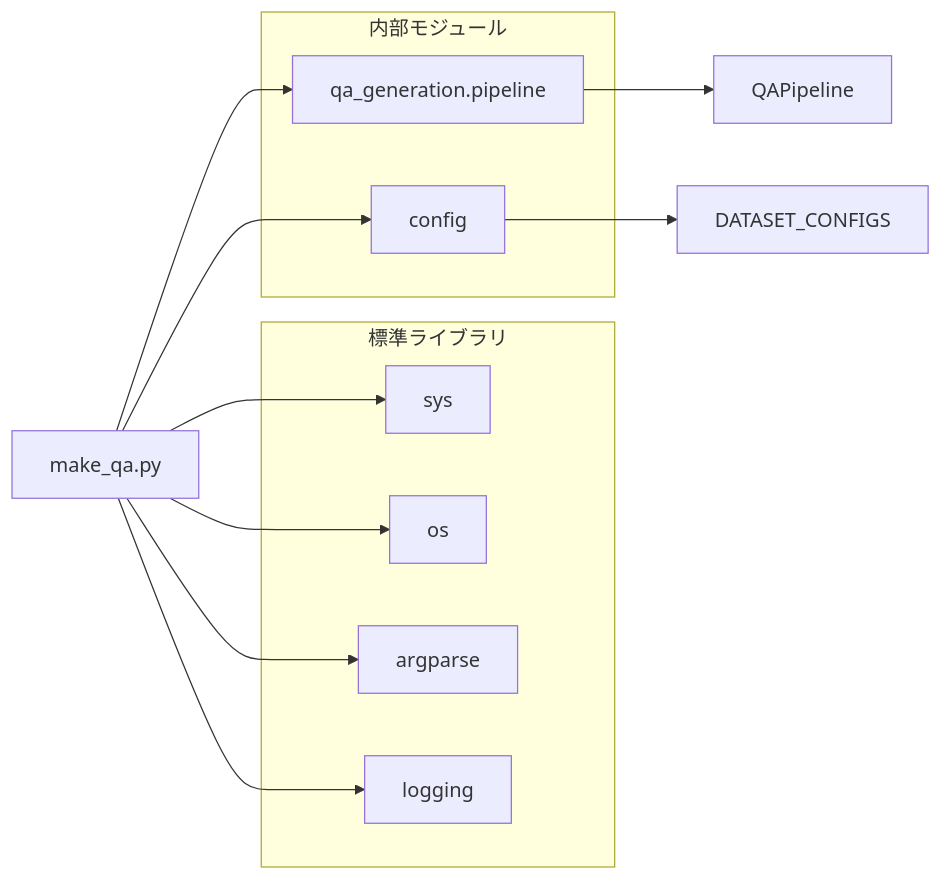
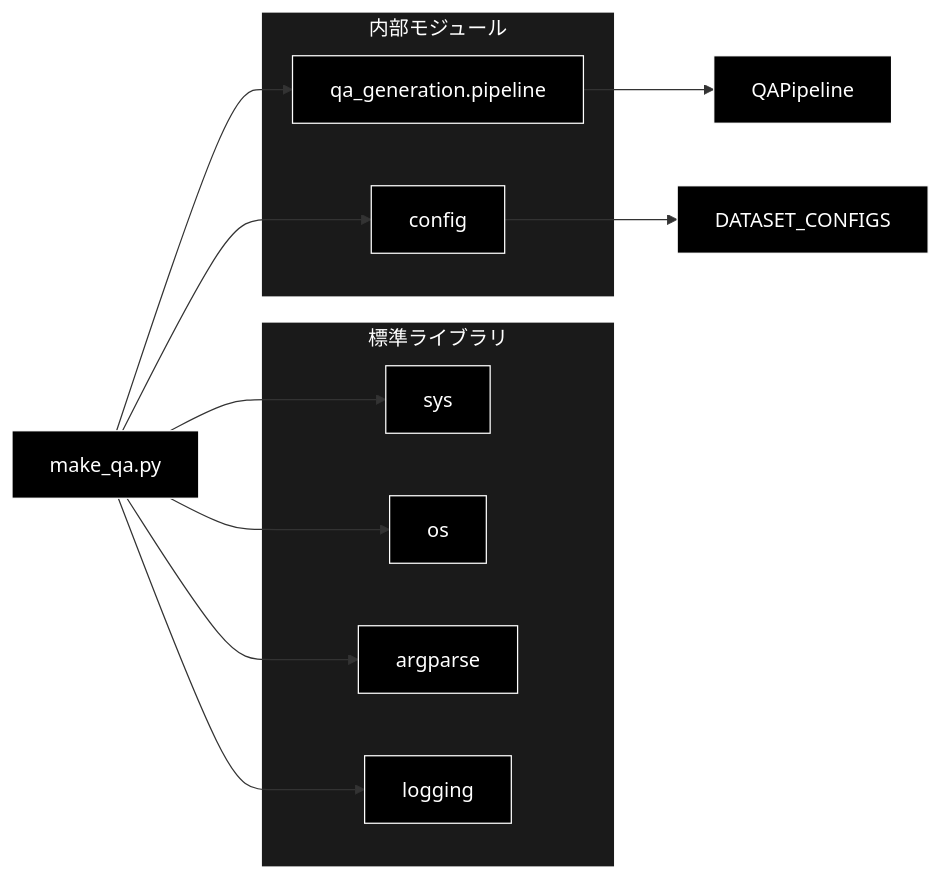
One commit to nakashima2toshio/ollama_grace_agent_v2 changed the third of 4 diagrams in qa_qdrant/doc/make_qa.md. Above: the diagram before and after it, drawn with Mermaid. The commit also changed other lines of this file and 12 other files, not shown here.

````diff
--- a/qa_qdrant/doc/make_qa.md
+++ b/qa_qdrant/doc/make_qa.md
@@ -341,26 +355,31 @@
 ```mermaid
 flowchart LR
     MAKE_QA[make_qa.py]
 
     subgraph STDLIB["標準ライブラリ"]
         SYS[sys]
         OS[os]
         ARGPARSE[argparse]
         LOGGING[logging]
     end
 
     subgraph INTERNAL["内部モジュール"]
         PIPELINE[qa_generation.pipeline]
         CONFIG[config]
     end
 
     MAKE_QA --> SYS
     MAKE_QA --> OS
     MAKE_QA --> ARGPARSE
     MAKE_QA --> LOGGING
     MAKE_QA --> PIPELINE
     MAKE_QA --> CONFIG
 
     PIPELINE --> QA_PIPE[QAPipeline]
     CONFIG --> DATASET[DATASET_CONFIGS]
+classDef default fill:#000,stroke:#fff,color:#fff
+classDef subgraphStyle fill:#1a1a1a,stroke:#fff,color:#fff
+class MAKE_QA,SYS,OS,ARGPARSE,LOGGING,PIPELINE,CONFIG,QA_PIPE,DATASET default
+style STDLIB fill:#1a1a1a,stroke:#fff,color:#fff
+style INTERNAL fill:#1a1a1a,stroke:#fff,color:#fff
 ```
````
